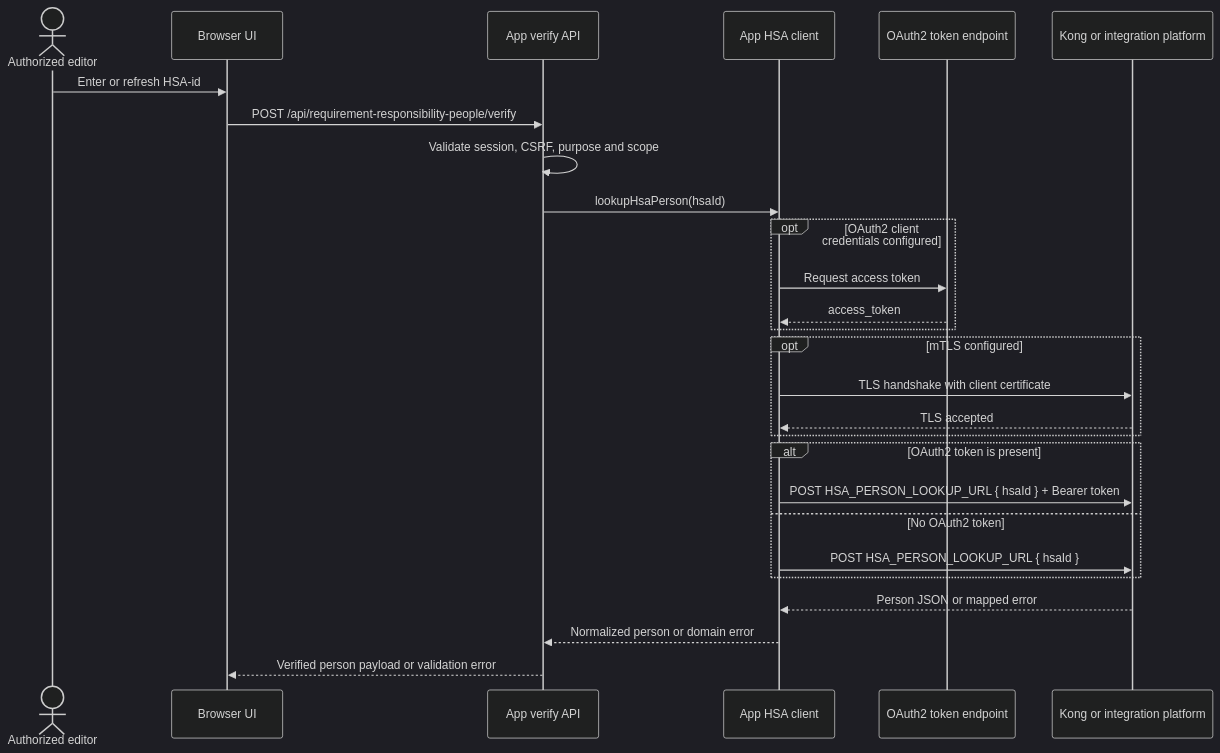
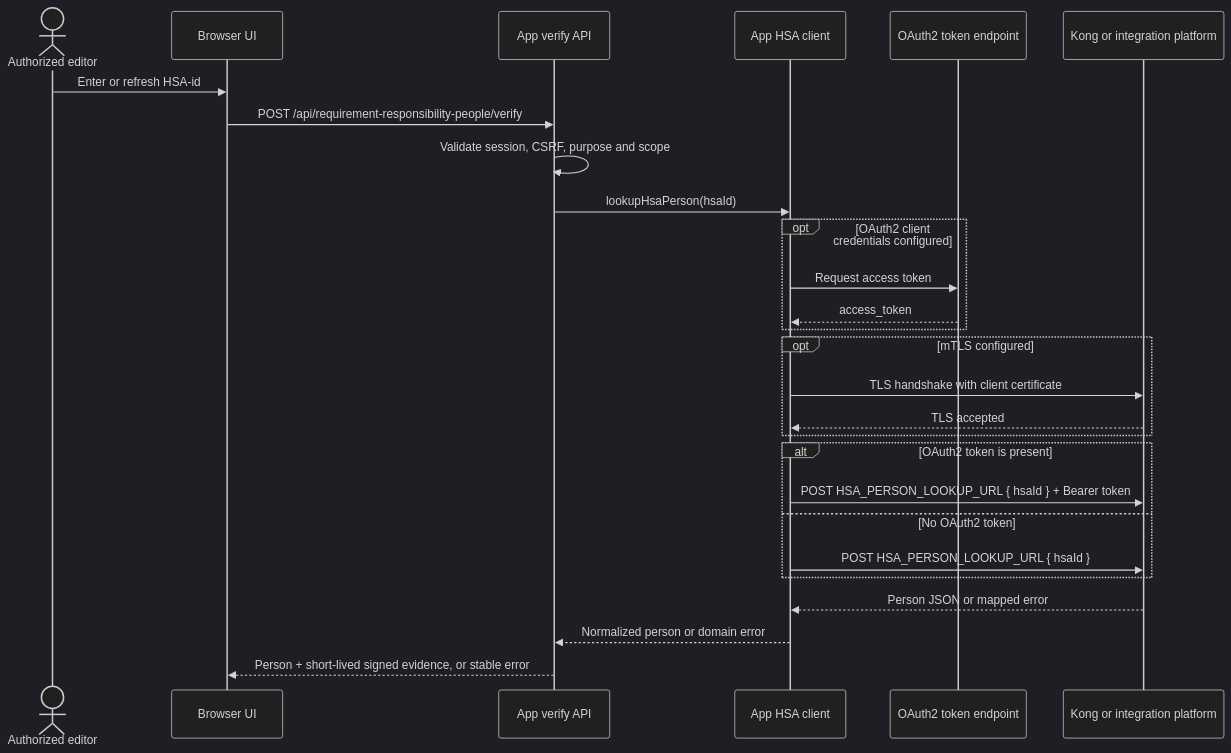
Before and after one commit to johlju/Kravhantering: the first of 3 diagrams in docs/integrations/hsa-person-lookup-integration.md, drawn with Mermaid (dark theme). The commit also changed other lines of this file and 54 other files, not shown here.

````diff
--- a/docs/integrations/hsa-person-lookup-integration.md
+++ b/docs/integrations/hsa-person-lookup-integration.md
@@ -142,33 +158,33 @@
 ```mermaid
 sequenceDiagram
     actor Editor as Authorized editor
     participant UI as Browser UI
     participant Verify as App verify API
     participant Client as App HSA client
     participant Token as OAuth2 token endpoint
     participant Kong as Kong or integration platform
 
     Editor->>UI: Enter or refresh HSA-id
     UI->>Verify: POST /api/requirement-responsibility-people/verify
     Verify->>Verify: Validate session, CSRF, purpose and scope
     Verify->>Client: lookupHsaPerson(hsaId)
 
     opt OAuth2 client credentials configured
         Client->>Token: Request access token
         Token-->>Client: access_token
     end
 
     opt mTLS configured
         Client->>Kong: TLS handshake with client certificate
         Kong-->>Client: TLS accepted
     end
 
     alt OAuth2 token is present
         Client->>Kong: POST HSA_PERSON_LOOKUP_URL { hsaId } + Bearer token
     else No OAuth2 token
         Client->>Kong: POST HSA_PERSON_LOOKUP_URL { hsaId }
     end
     Kong-->>Client: Person JSON or mapped error
     Client-->>Verify: Normalized person or domain error
-    Verify-->>UI: Verified person payload or validation error
+    Verify-->>UI: Person + short-lived signed evidence, or stable error
 ```
````
